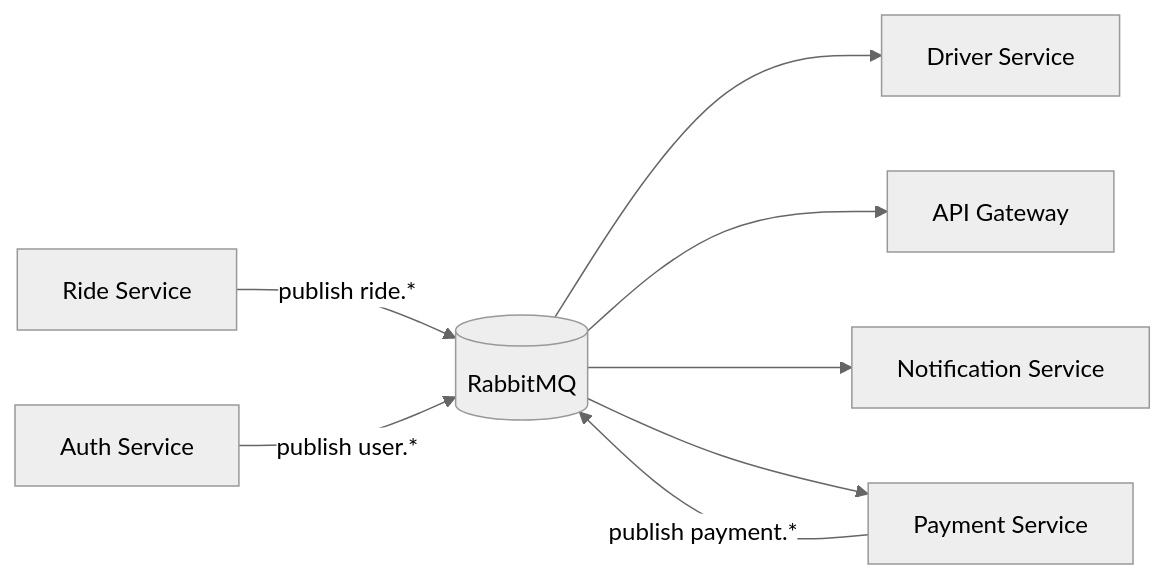
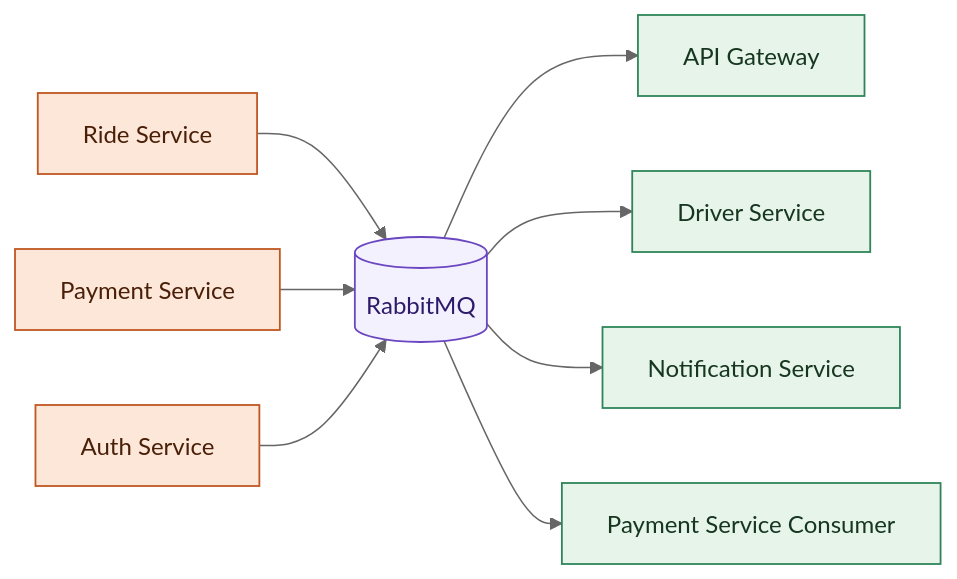
Diagram 13 of 20 in .doc/phantichthietkehethong.md (foxxiee04/Cab-Booking-System-Project), drawn with Mermaid (neutral theme) before and after one commit. The commit also changed other lines of this file, not shown here.

````diff
--- a/.doc/phantichthietkehethong.md
+++ b/.doc/phantichthietkehethong.md
@@ -611,11 +1176,15 @@
 ```mermaid
 flowchart LR
-    Ride[Ride Service] -->|publish ride.*| MQ[(RabbitMQ)]
-    Payment[Payment Service] -->|publish payment.*| MQ
-    Auth[Auth Service] -->|publish user.*| MQ
+    classDef producer fill:#fde7d9,stroke:#c05621,stroke-width:1.2,color:#4a1f08
+    classDef consumer fill:#e6f4ea,stroke:#2f855a,stroke-width:1.2,color:#173620
+    classDef bus fill:#f4f1ff,stroke:#6b46c1,stroke-width:1.2,color:#2d1b69
 
-    MQ --> Driver[Driver Service]
-    MQ --> Gateway[API Gateway]
-    MQ --> Notification[Notification Service]
-    MQ --> Payment
+    Ride[Ride Service]:::producer --> MQ[(RabbitMQ)]:::bus
+    Payment[Payment Service]:::producer --> MQ
+    Auth[Auth Service]:::producer --> MQ
+
+    MQ --> Gateway[API Gateway]:::consumer
+    MQ --> DriverSvc[Driver Service]:::consumer
+    MQ --> Notification[Notification Service]:::consumer
+    MQ --> PaymentConsumer[Payment Service Consumer]:::consumer
 ```
````
